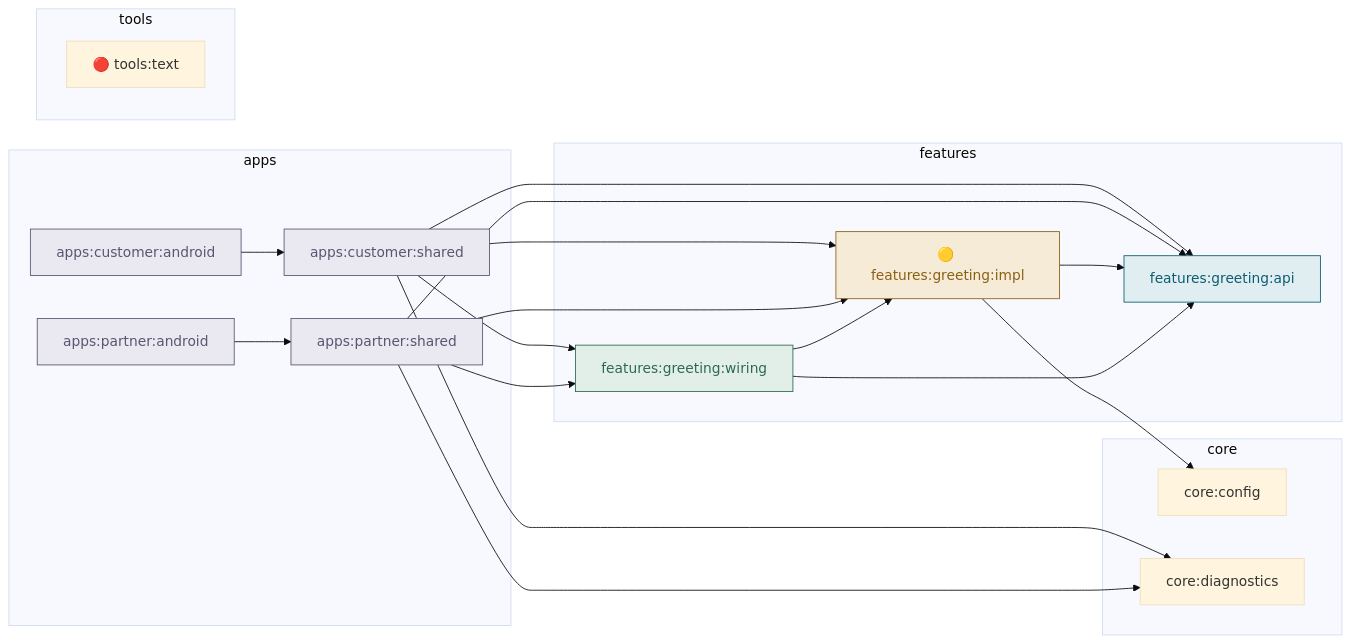
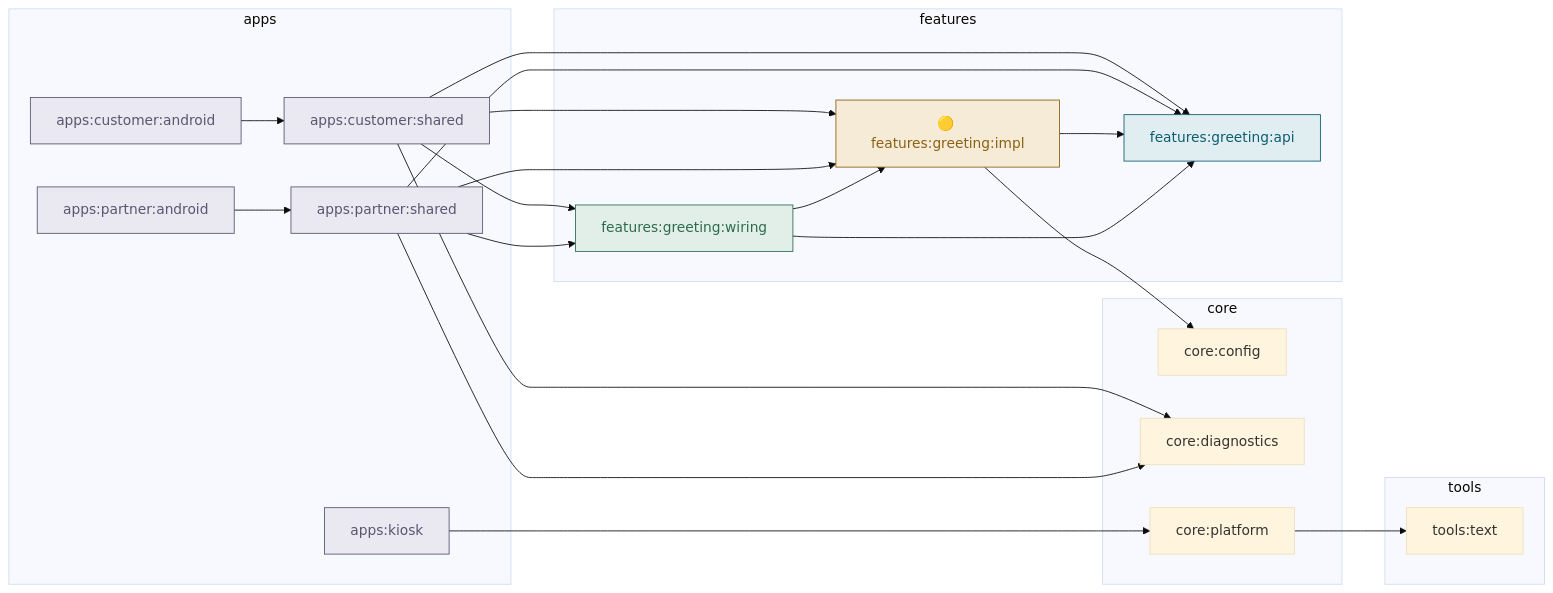
The diagram in report/all-modules.md (Thernal/build-kit), drawn with Mermaid (base theme) before and after one commit. The commit also changed 9 other files, not shown here.

````diff
--- a/report/all-modules.md
+++ b/report/all-modules.md
@@ -10,43 +10,47 @@
 ```mermaid
 graph LR
   subgraph apps["apps"]
     fixture_apps_customer_android["apps:customer:android"]
     fixture_apps_customer_shared["apps:customer:shared"]
+    fixture_apps_kiosk["apps:kiosk"]
     fixture_apps_partner_android["apps:partner:android"]
     fixture_apps_partner_shared["apps:partner:shared"]
   end
   subgraph core["core"]
     fixture_core_config["core:config"]
     fixture_core_diagnostics["core:diagnostics"]
+    fixture_core_platform["core:platform"]
   end
   subgraph features["features"]
     fixture_features_greeting_api["features:greeting:api"]
     fixture_features_greeting_impl["🟡 features:greeting:impl"]
     fixture_features_greeting_wiring["features:greeting:wiring"]
   end
   subgraph tools["tools"]
-    fixture_tools_text["🔴 tools:text"]
+    fixture_tools_text["tools:text"]
   end
   fixture_apps_customer_android --> fixture_apps_customer_shared
   fixture_apps_customer_shared --> fixture_core_diagnostics
   fixture_apps_customer_shared --> fixture_features_greeting_api
   fixture_apps_customer_shared --> fixture_features_greeting_impl
   fixture_apps_customer_shared --> fixture_features_greeting_wiring
+  fixture_apps_kiosk --> fixture_core_platform
   fixture_apps_partner_android --> fixture_apps_partner_shared
   fixture_apps_partner_shared --> fixture_core_diagnostics
   fixture_apps_partner_shared --> fixture_features_greeting_api
   fixture_apps_partner_shared --> fixture_features_greeting_impl
   fixture_apps_partner_shared --> fixture_features_greeting_wiring
+  fixture_core_platform --> fixture_tools_text
   fixture_features_greeting_impl --> fixture_core_config
   fixture_features_greeting_impl --> fixture_features_greeting_api
   fixture_features_greeting_wiring --> fixture_features_greeting_api
   fixture_features_greeting_wiring --> fixture_features_greeting_impl
   classDef api fill:#e0eef2,stroke:#0d5c70,color:#0d5c70;
   classDef impl fill:#f6ebd6,stroke:#8a6014,color:#8a6014;
   classDef wiring fill:#e2efe8,stroke:#2c6a50,color:#2c6a50;
   classDef app fill:#eae8f0,stroke:#5a5570,color:#5a5570;
   class fixture_features_greeting_api api;
   class fixture_features_greeting_impl impl;
   class fixture_features_greeting_wiring wiring;
-  class fixture_apps_customer_android,fixture_apps_customer_shared,fixture_apps_partner_android,fixture_apps_partner_shared app;
+  class fixture_apps_customer_android,fixture_apps_customer_shared,fixture_apps_kiosk,fixture_apps_partner_android,fixture_apps_partner_shared app;
 ```
````
